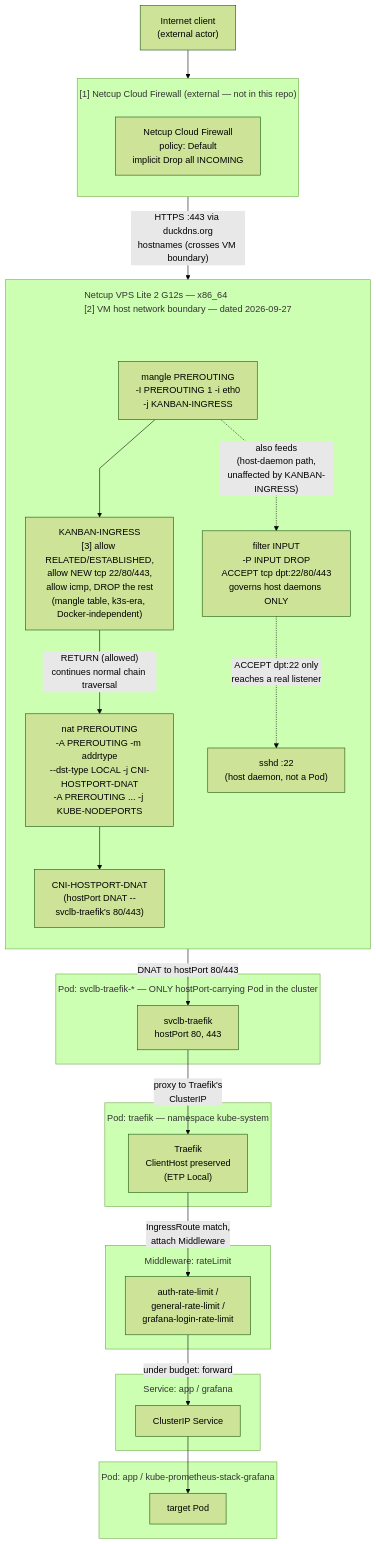
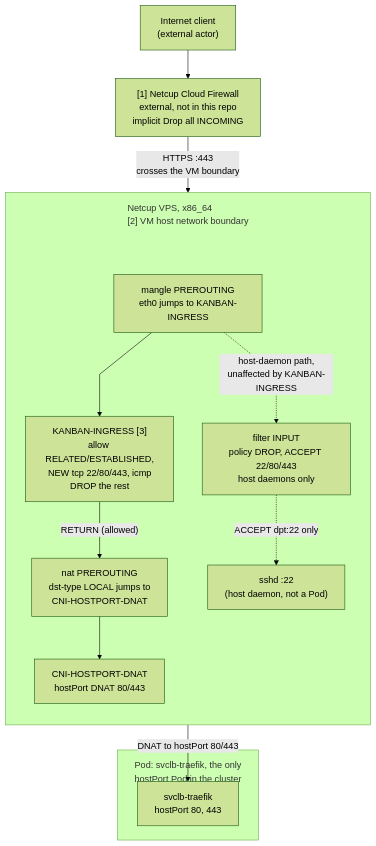
Before and after one commit to RudVlad473/kanban-board-backend: the diagram in docs/diagrams/scenarios/inbound-packet-path.mmd, drawn with Mermaid (forest theme). The commit also changed 20 other files, not shown here.

Commit message:
docs(quick-261005-sun): split infra diagrams under the legibility limits and embed them

```diff
--- a/docs/diagrams/scenarios/inbound-packet-path.mmd
+++ b/docs/diagrams/scenarios/inbound-packet-path.mmd
@@ -1,54 +1,35 @@
 %%{init: {"flowchart": {"subGraphTitleMargin": {"top": 15, "bottom": 15}, "curve": "linear"}}}%%
 flowchart TB
     client["Internet client<br/>(external actor)"]
 
-    subgraph netcup_edge["[1] Netcup Cloud Firewall (external — not in this repo)"]
-        direction TB
-        netcup_fw["Netcup Cloud Firewall<br/>policy: Default<br/>implicit Drop all INCOMING"]
-    end
+    netcup_fw["[1] Netcup Cloud Firewall<br/>external, not in this repo<br/>implicit Drop all INCOMING"]
 
-    subgraph vm["Netcup VPS Lite 2 G12s — x86_64<br/>[2] VM host network boundary — dated 2026-09-27"]
+    subgraph vm["Netcup VPS, x86_64<br/>[2] VM host network boundary"]
         direction TB
 
         vm_spacer[" "]
         style vm_spacer height:1px,fill:none,stroke:none
 
-        mangle_pre["mangle PREROUTING<br/>-I PREROUTING 1 -i eth0<br/>-j KANBAN-INGRESS"]
+        mangle_pre["mangle PREROUTING<br/>eth0 jumps to KANBAN-INGRESS"]
         vm_spacer ~~~ mangle_pre
-        kanban_ingress["KANBAN-INGRESS<br/>[3] allow RELATED/ESTABLISHED,<br/>allow NEW tcp 22/80/443,<br/>allow icmp, DROP the rest<br/>(mangle table, k3s-era, Docker-independent)"]
-        nat_pre["nat PREROUTING<br/>-A PREROUTING -m addrtype<br/>--dst-type LOCAL -j CNI-HOSTPORT-DNAT<br/>-A PREROUTING ... -j KUBE-NODEPORTS"]
-        cni_dnat["CNI-HOSTPORT-DNAT<br/>(hostPort DNAT --<br/>svclb-traefik's 80/443)"]
+        kanban_ingress["KANBAN-INGRESS [3]<br/>allow RELATED/ESTABLISHED,<br/>NEW tcp 22/80/443, icmp<br/>DROP the rest"]
+        nat_pre["nat PREROUTING<br/>dst-type LOCAL jumps to<br/>CNI-HOSTPORT-DNAT"]
+        cni_dnat["CNI-HOSTPORT-DNAT<br/>hostPort DNAT 80/443"]
 
-        input["filter INPUT<br/>-P INPUT DROP<br/>ACCEPT tcp dpt:22/80/443<br/>governs host daemons ONLY"]
+        input["filter INPUT<br/>policy DROP, ACCEPT 22/80/443<br/>host daemons only"]
         sshd["sshd :22<br/>(host daemon, not a Pod)"]
 
         mangle_pre --> kanban_ingress
-        kanban_ingress -- "RETURN (allowed)<br/>continues normal chain traversal" --> nat_pre
+        kanban_ingress -- "RETURN (allowed)" --> nat_pre
         nat_pre --> cni_dnat
-        mangle_pre -. "also feeds<br/>(host-daemon path,<br/>unaffected by KANBAN-INGRESS)" .-> input
-        input -. "ACCEPT dpt:22 only<br/>reaches a real listener" .-> sshd
+        mangle_pre -. "host-daemon path,<br/>unaffected by KANBAN-INGRESS" .-> input
+        input -. "ACCEPT dpt:22 only" .-> sshd
     end
 
-    subgraph svclb_box["Pod: svclb-traefik-* — ONLY hostPort-carrying Pod in the cluster"]
+    subgraph svclb_box["Pod: svclb-traefik, the only<br/>hostPort Pod in the cluster"]
         svclb["svclb-traefik<br/>hostPort 80, 443"]
-    end
-    subgraph traefik_box["Pod: traefik — namespace kube-system"]
-        traefik["Traefik<br/>ClientHost preserved<br/>(ETP Local)"]
-    end
-    subgraph mw_box["Middleware: rateLimit"]
-        mw["auth-rate-limit /<br/>general-rate-limit /<br/>grafana-login-rate-limit"]
-    end
-    subgraph svc_box["Service: app / grafana"]
-        svc["ClusterIP Service"]
-    end
-    subgraph pod_box["Pod: app / kube-prometheus-stack-grafana"]
-        pod["target Pod"]
     end
 
     client --> netcup_fw
-    netcup_fw -- "HTTPS :443 via duckdns.org<br/>hostnames (crosses VM boundary)" --> mangle_pre
+    netcup_fw -- "HTTPS :443<br/>crosses the VM boundary" --> mangle_pre
     cni_dnat -- "DNAT to hostPort 80/443" --> svclb
-    svclb -- "proxy to Traefik's<br/>ClusterIP" --> traefik
-    traefik -- "IngressRoute match,<br/>attach Middleware" --> mw
-    mw -- "under budget: forward" --> svc
-    svc --> pod
```
